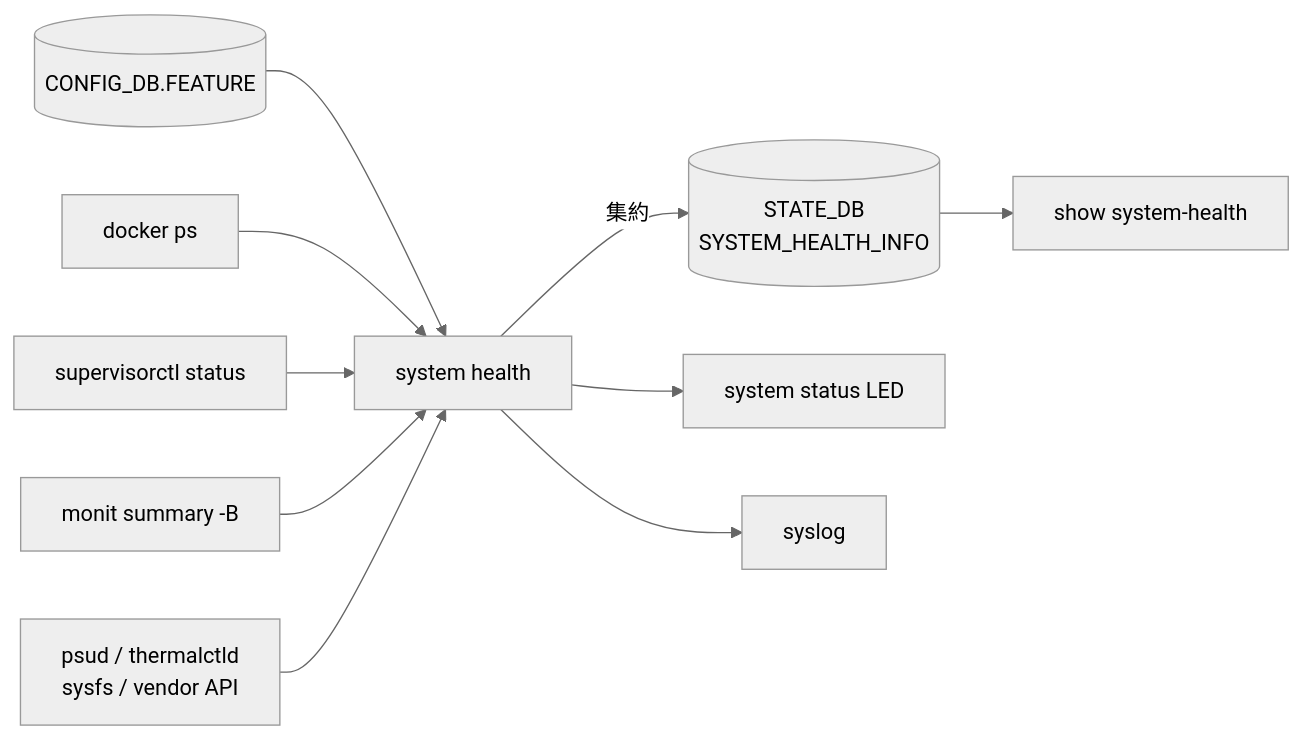
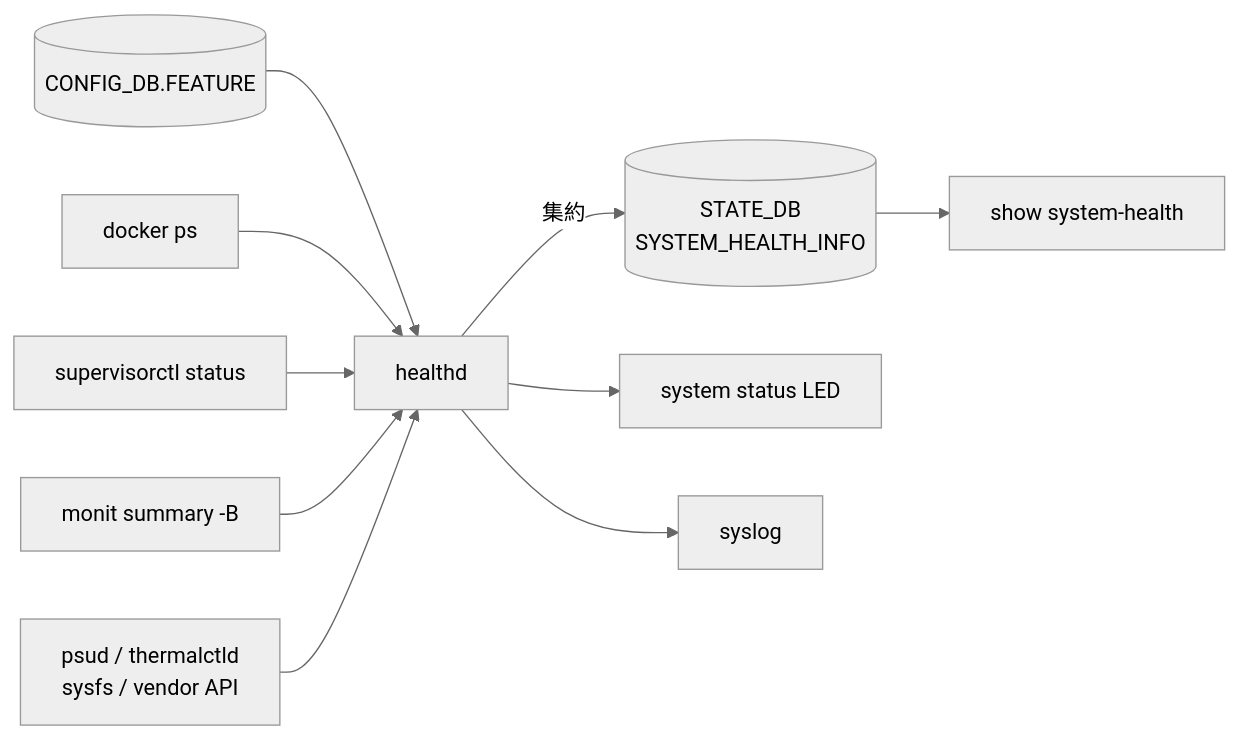
The diagram in docs/system/sonic-system-health-monitor-high-level-design.md (aoki-taquan/sonic-unofficial-docs), drawn with Mermaid (neutral theme) before and after one commit. The commit also changed other lines of this file and 4 other files, not shown here.

````diff
--- a/docs/system/sonic-system-health-monitor-high-level-design.md
+++ b/docs/system/sonic-system-health-monitor-high-level-design.md
@@ -39,12 +36,12 @@
 ```mermaid
 flowchart LR
-    FEAT[(CONFIG_DB.FEATURE)] --> H[system health]
+    FEAT[(CONFIG_DB.FEATURE)] --> H[healthd]
     DOCKER[docker ps] --> H
     SUPERV[supervisorctl status] --> H
     MONIT[monit summary -B] --> H
     PMON[psud / thermalctld\nsysfs / vendor API] --> H
     H -->|集約| STAT[(STATE_DB\nSYSTEM_HEALTH_INFO)]
     STAT --> CLI[show system-health]
     H --> LED[system status LED]
     H --> LOG[syslog]
 ```
````
